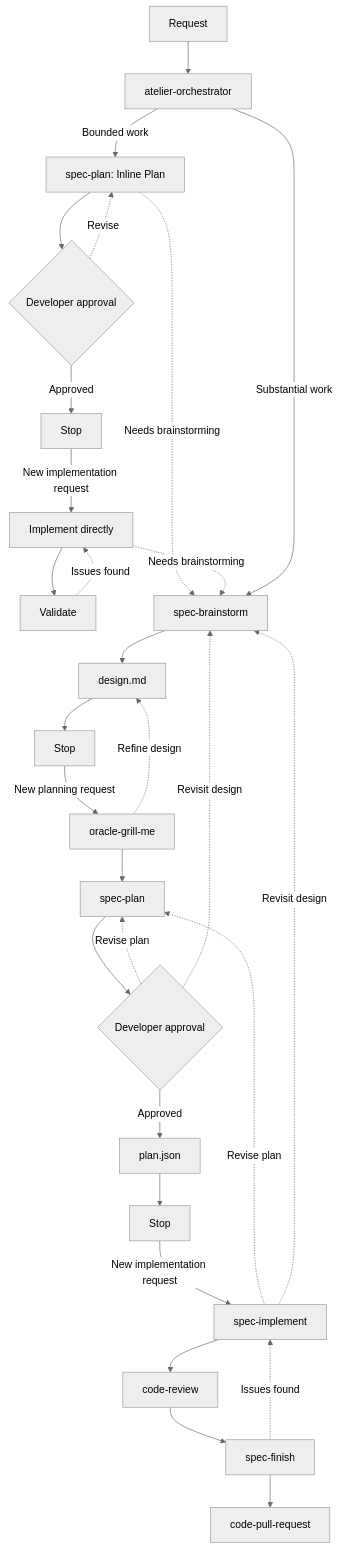
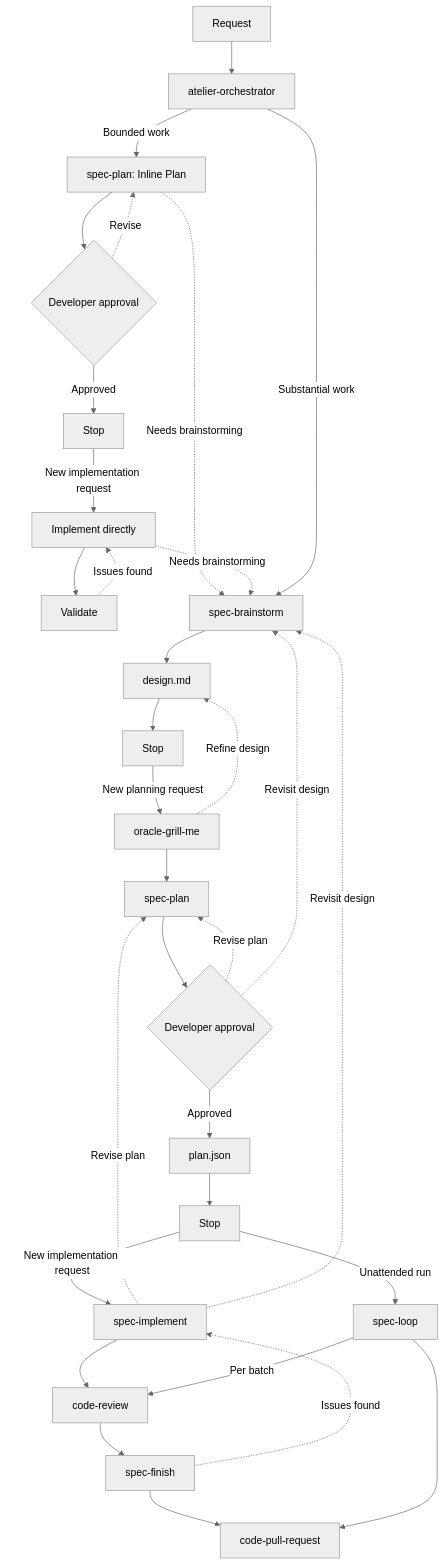
One commit to martinffx/atelier changed the diagram in README.md. Above: the diagram before and after it, drawn with Mermaid (neutral theme). The commit also changed other lines of this file and 6 other files, not shown here.

First line of the commit message:
feat(skills): add spec-loop to run a Spec-backed Plan to a PR

````diff
--- a/README.md
+++ b/README.md
@@ -36,34 +36,37 @@
 ```mermaid
 flowchart TD
     R[Request] --> O[atelier-orchestrator]
 
     O -->|Bounded work| IP[spec-plan: Inline Plan]
     IP --> IA{Developer approval}
     IA -->|Approved| IS[Stop]
     IA -.->|Revise| IP
 
     IS -->|New implementation request| I[Implement directly]
     I --> V[Validate]
     V -.->|Issues found| I
     IP -.->|Needs brainstorming| B
     I -.->|Needs brainstorming| B
 
     O -->|Substantial work| B[spec-brainstorm]
     B --> D[design.md]
     D --> BS[Stop]
     BS -->|New planning request| G[oracle-grill-me]
     G --> P[spec-plan]
     G -.->|Refine design| D
     P --> SA{Developer approval}
     SA -->|Approved| J[plan.json]
     SA -.->|Revise plan| P
     SA -.->|Revisit design| B
     J --> PS[Stop]
     PS -->|New implementation request| SI[spec-implement]
     SI --> CR[code-review]
     CR --> F[spec-finish]
     F --> PR[code-pull-request]
+    PS -->|Unattended run| SL[spec-loop]
+    SL -->|Per batch| CR
+    SL --> PR
     SI -.->|Revise plan| P
     SI -.->|Revisit design| B
     F -.->|Issues found| SI
 ```
````
